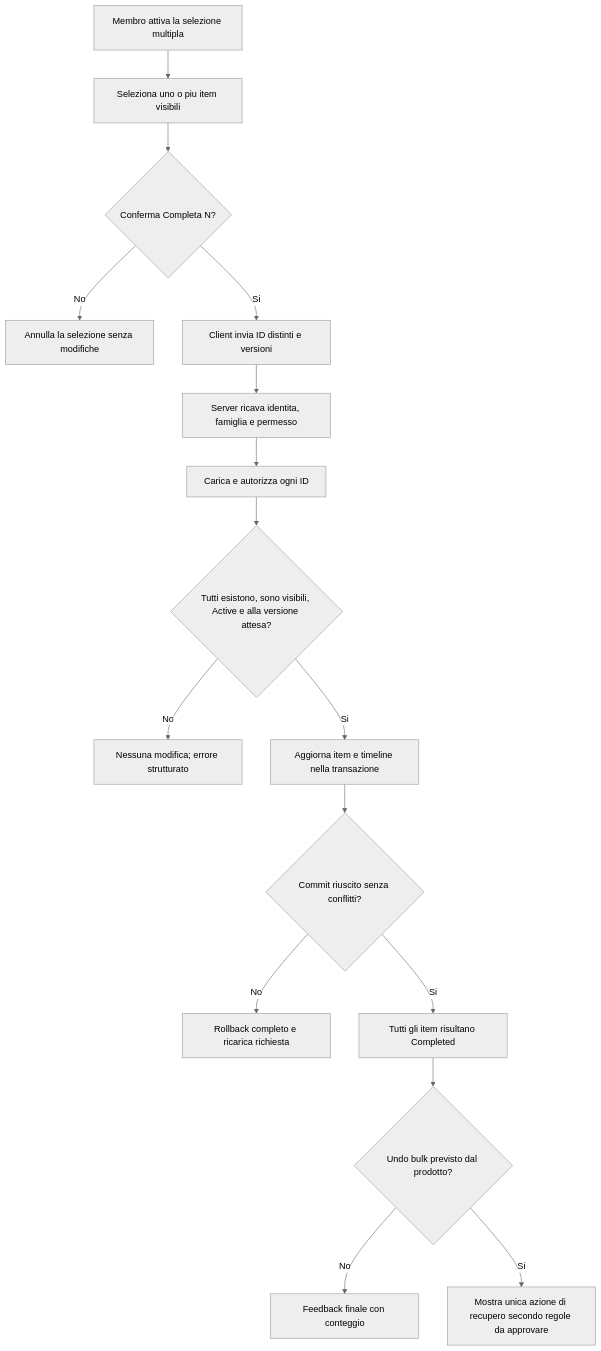
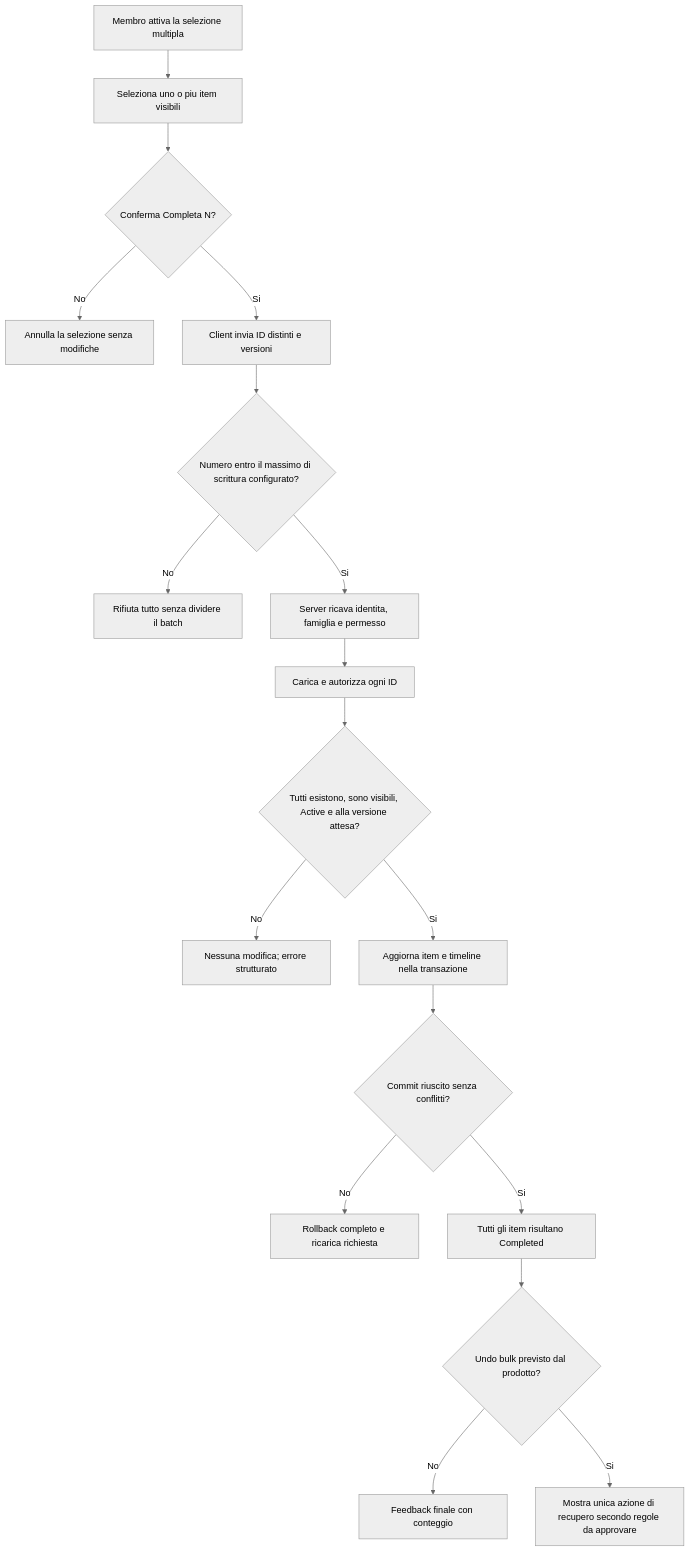
The diagram in docs/kinlist/research/tasks/bulk-item-completion/research.md (martinabruni/DA.KinHub), drawn with Mermaid (neutral theme) before and after one commit. The commit also changed other lines of this file and 17 other files, not shown here.

````diff
--- a/docs/kinlist/research/tasks/bulk-item-completion/research.md
+++ b/docs/kinlist/research/tasks/bulk-item-completion/research.md
@@ -85,18 +87,20 @@
 ```mermaid
 flowchart TD
     A["Membro attiva la selezione multipla"] --> B["Seleziona uno o piu item visibili"]
     B --> C{"Conferma Completa N?"}
     C -- No --> D["Annulla la selezione senza modifiche"]
     C -- Si --> E["Client invia ID distinti e versioni"]
-    E --> F["Server ricava identita, famiglia e permesso"]
-    F --> G["Carica e autorizza ogni ID"]
-    G --> H{"Tutti esistono, sono visibili, Active e alla versione attesa?"}
-    H -- No --> I["Nessuna modifica; errore strutturato"]
-    H -- Si --> J["Aggiorna item e timeline nella transazione"]
-    J --> K{"Commit riuscito senza conflitti?"}
-    K -- No --> L["Rollback completo e ricarica richiesta"]
-    K -- Si --> M["Tutti gli item risultano Completed"]
-    M --> N{"Undo bulk previsto dal prodotto?"}
-    N -- No --> O["Feedback finale con conteggio"]
-    N -- Si --> P["Mostra unica azione di recupero secondo regole da approvare"]
+    E --> F{"Numero entro il massimo di scrittura configurato?"}
+    F -- No --> G["Rifiuta tutto senza dividere il batch"]
+    F -- Si --> H["Server ricava identita, famiglia e permesso"]
+    H --> I["Carica e autorizza ogni ID"]
+    I --> J{"Tutti esistono, sono visibili, Active e alla versione attesa?"}
+    J -- No --> K["Nessuna modifica; errore strutturato"]
+    J -- Si --> L["Aggiorna item e timeline nella transazione"]
+    L --> M{"Commit riuscito senza conflitti?"}
+    M -- No --> N["Rollback completo e ricarica richiesta"]
+    M -- Si --> O["Tutti gli item risultano Completed"]
+    O --> P{"Undo bulk previsto dal prodotto?"}
+    P -- No --> Q["Feedback finale con conteggio"]
+    P -- Si --> R["Mostra unica azione di recupero secondo regole da approvare"]
 ```
````
